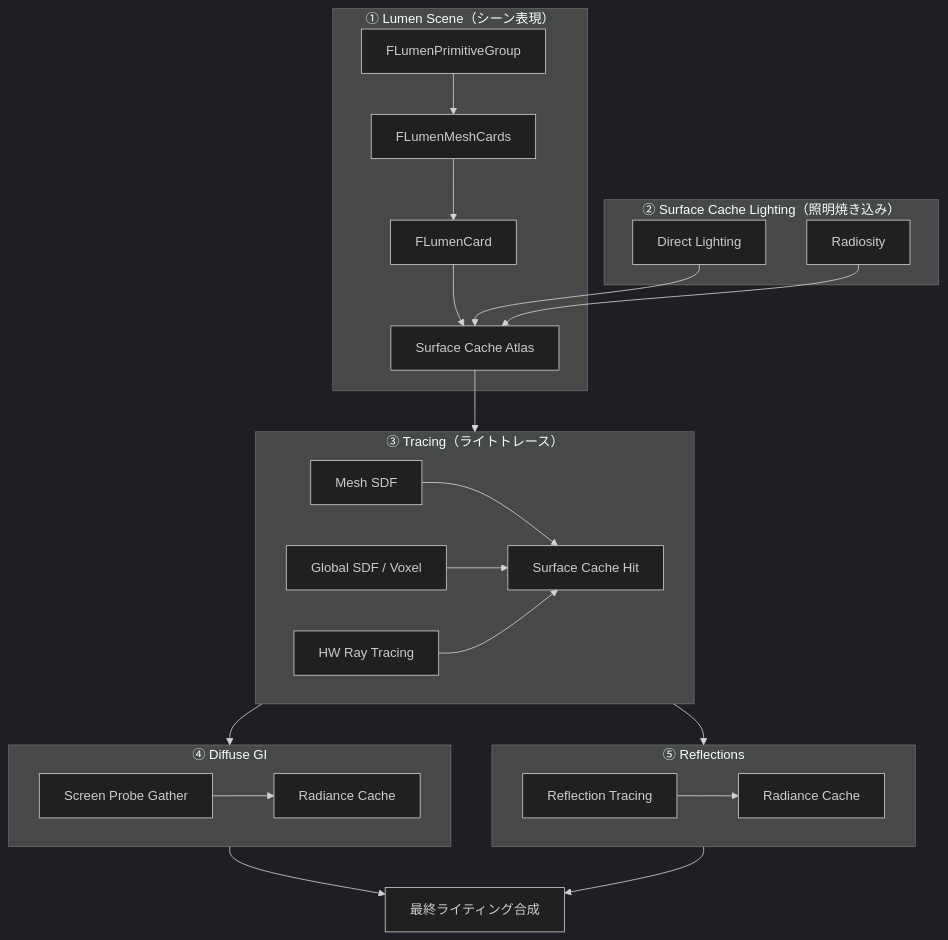
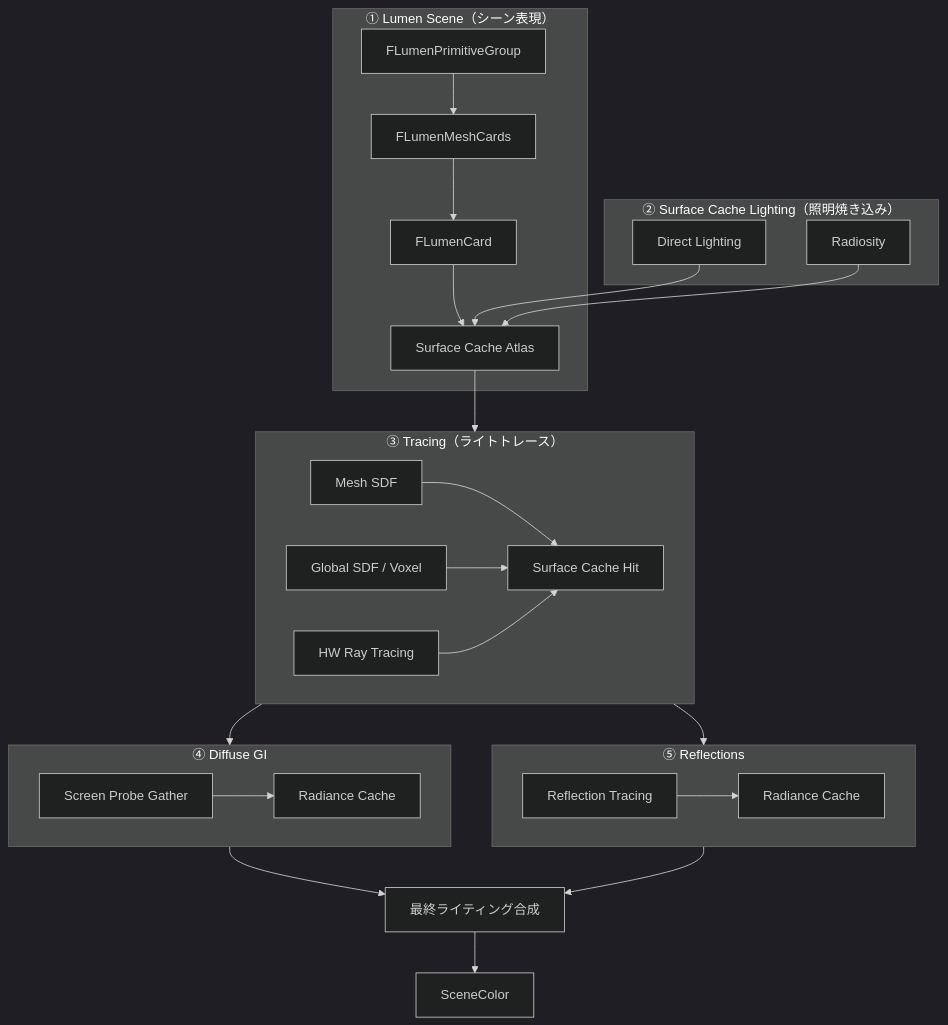
One commit to tktkq9/UEMyDocument changed the diagram in Projects/UE5/analysis/Rendering/Lumen/02_lumen_overview.md. Above: the diagram before and after it, drawn with Mermaid (dark theme). The commit also changed other lines of this file and 2 other files, not shown here.

````diff
--- a/Projects/UE5/analysis/Rendering/Lumen/02_lumen_overview.md
+++ b/Projects/UE5/analysis/Rendering/Lumen/02_lumen_overview.md
@@ -26,45 +26,46 @@
 ```mermaid
 graph TD
     subgraph LumenScene["① Lumen Scene（シーン表現）"]
         PG[FLumenPrimitiveGroup]
         MC[FLumenMeshCards]
         Card[FLumenCard]
         SC[Surface Cache Atlas]
         PG --> MC --> Card --> SC
     end
 
     subgraph Lighting["② Surface Cache Lighting（照明焼き込み）"]
         DL[Direct Lighting]
         Rad[Radiosity]
         DL --> SC
         Rad --> SC
     end
 
     subgraph Tracing["③ Tracing（ライトトレース）"]
         MeshSDF[Mesh SDF]
         GlobalSDF[Global SDF / Voxel]
         HWRT[HW Ray Tracing]
         Hit[Surface Cache Hit]
         MeshSDF --> Hit
         GlobalSDF --> Hit
         HWRT --> Hit
     end
 
     subgraph GI["④ Diffuse GI"]
         SP[Screen Probe Gather]
         RC[Radiance Cache]
         SP --> RC
     end
 
     subgraph Ref["⑤ Reflections"]
         RT[Reflection Tracing]
         RC2[Radiance Cache]
         RT --> RC2
     end
 
     SC --> Tracing
     Tracing --> GI
     Tracing --> Ref
     GI --> Out[最終ライティング合成]
     Ref --> Out
+    Out --> SC2[SceneColor]
 ```
````
